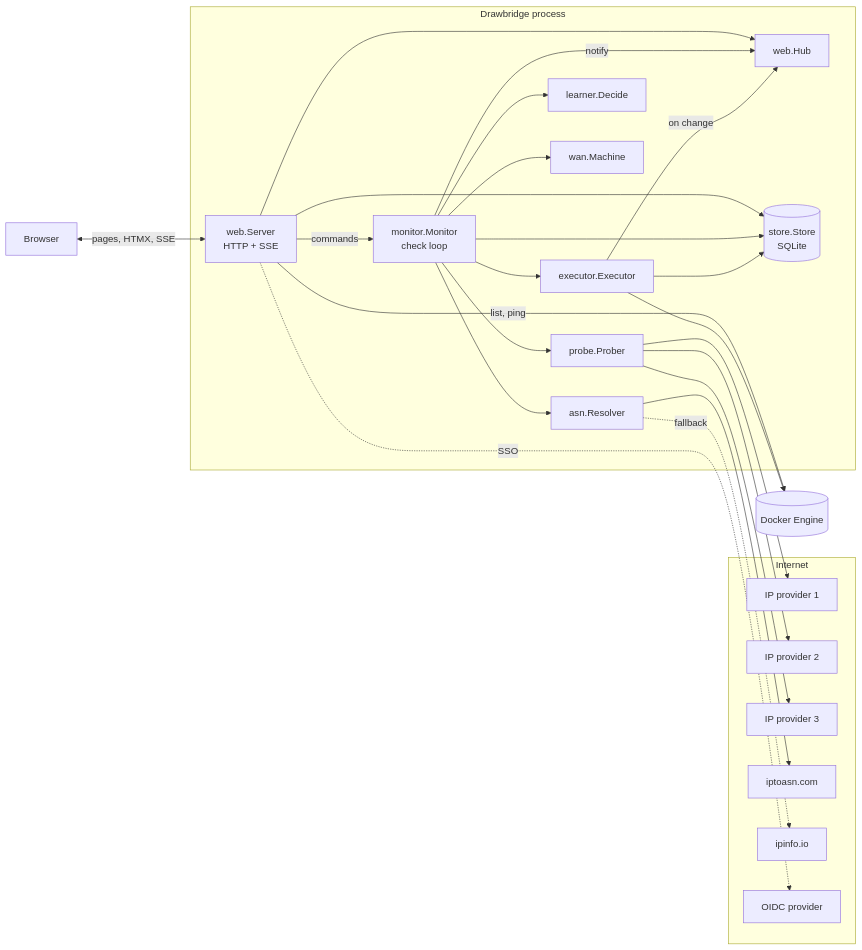
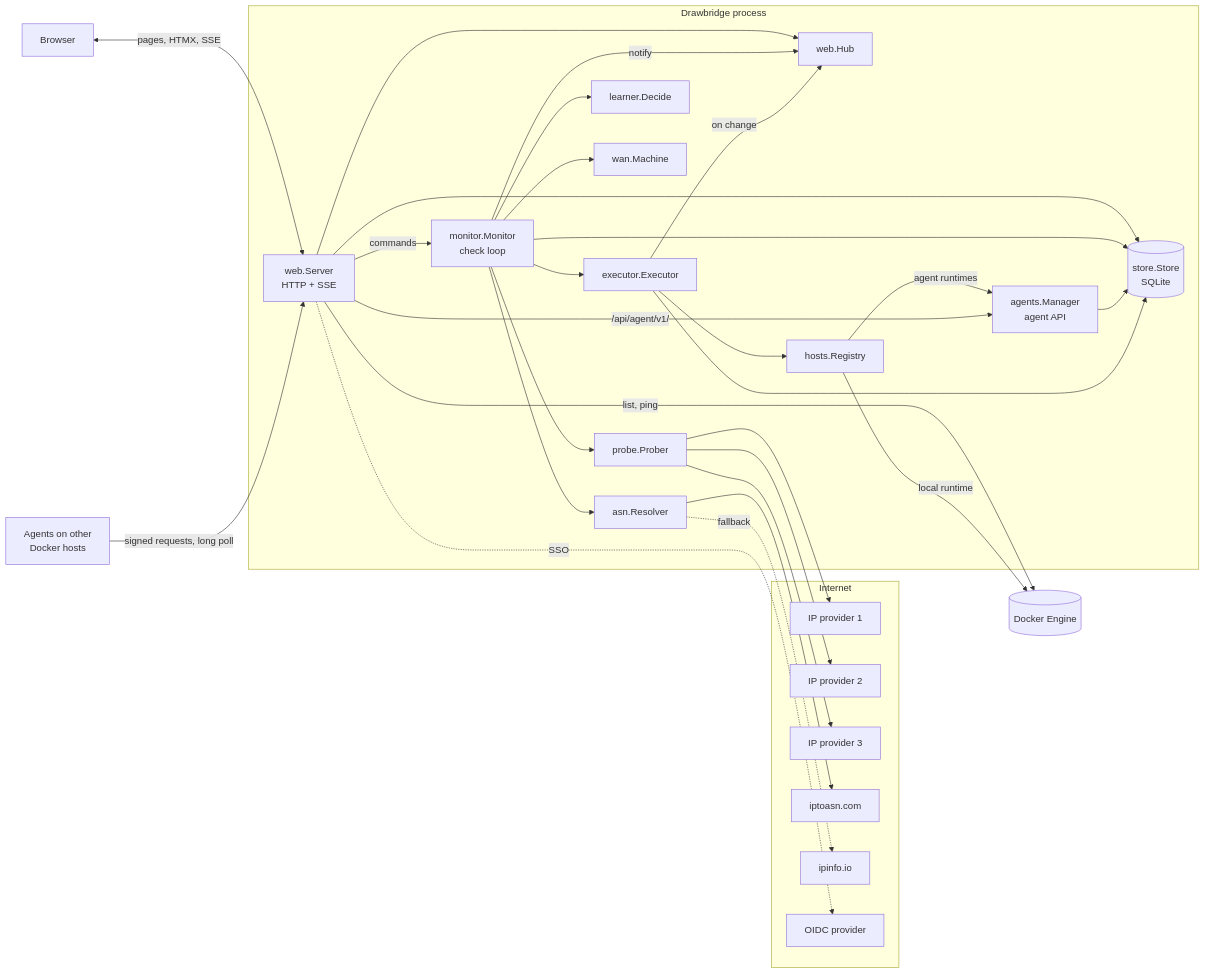
The first of 3 diagrams in docs/technical/architecture.md (zjcochran/wan-drawbridge), drawn with Mermaid before and after one commit. The commit also changed other lines of this file and 62 other files, not shown here.

Commit message:
Add agents: other Docker hosts that connect to the manager

````diff
--- a/docs/technical/architecture.md
+++ b/docs/technical/architecture.md
@@ -10,42 +10,50 @@
 ```mermaid
 flowchart LR
     subgraph Internet
         P1[IP provider 1]
         P2[IP provider 2]
         P3[IP provider 3]
         IA[iptoasn.com]
         II[ipinfo.io]
         IDP[OIDC provider]
     end
     subgraph Drawbridge process
         W[web.Server<br/>HTTP + SSE]
         H[web.Hub]
         M[monitor.Monitor<br/>check loop]
         PR[probe.Prober]
         R[asn.Resolver]
         L[learner.Decide]
         SM[wan.Machine]
         E[executor.Executor]
+        HR[hosts.Registry]
+        AM[agents.Manager<br/>agent API]
         S[(store.Store<br/>SQLite)]
     end
     D[(Docker Engine)]
     B[Browser]
+    A[Agents on other<br/>Docker hosts]
 
     B <-->|pages, HTMX, SSE| W
     W -->|commands| M
     W --> S
     W -->|list, ping| D
     W --> H
     M --> PR --> P1 & P2 & P3
     M --> R --> IA
     R -.fallback.-> II
     M --> L
     M --> SM
     M --> E
     M --> S
     M -->|notify| H
-    E --> D
+    E --> HR
+    HR -->|local runtime| D
+    HR -->|agent runtimes| AM
+    A -->|"signed requests, long poll"| W
+    W -->|/api/agent/v1/| AM
+    AM --> S
     E --> S
     E -->|on change| H
     W -.SSO.-> IDP
 ```
````
